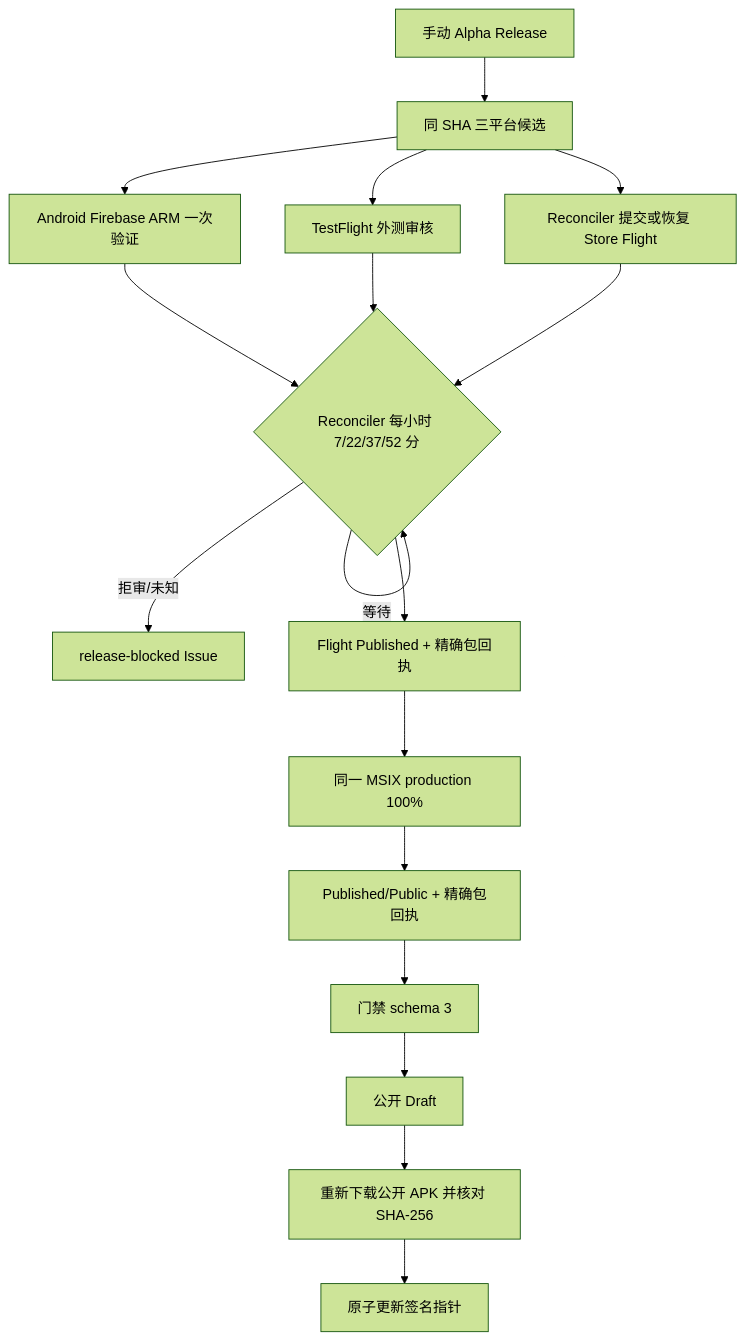
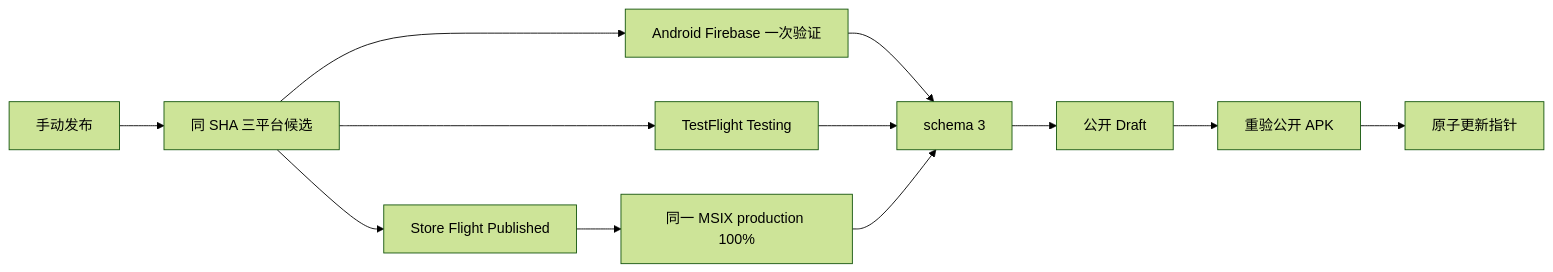
The diagram in spec/spec-process-cicd-alpha-release.md (zhangheng2022/meet_trace), drawn with Mermaid (forest theme) before and after one commit. The commit also changed other lines of this file and 16 other files, not shown here.

````diff
--- a/spec/spec-process-cicd-alpha-release.md
+++ b/spec/spec-process-cicd-alpha-release.md
@@ -28,19 +22,14 @@
 ```mermaid
-flowchart TD
-  A[手动 Alpha Release] --> B[同 SHA 三平台候选]
-  B --> C[Android Firebase ARM 一次验证]
-  B --> D[TestFlight 外测审核]
-  B --> E[Reconciler 提交或恢复 Store Flight]
-  C --> F{Reconciler 每小时 7/22/37/52 分}
-  D --> F
-  E --> F
-  F -->|等待| F
-  F -->|拒审/未知| X[release-blocked Issue]
-  F --> G[Flight Published + 精确包回执]
-  G --> H[同一 MSIX production 100%]
-  H --> I[Published/Public + 精确包回执]
-  I --> J[门禁 schema 3]
-  J --> K[公开 Draft]
-  K --> L[重新下载公开 APK 并核对 SHA-256]
-  L --> M[原子更新签名指针]
+flowchart LR
+  A[手动发布] --> B[同 SHA 三平台候选]
+  B --> C[Android Firebase 一次验证]
+  B --> D[TestFlight Testing]
+  B --> E[Store Flight Published]
+  E --> F[同一 MSIX production 100%]
+  C --> G[schema 3]
+  D --> G
+  F --> G
+  G --> H[公开 Draft]
+  H --> I[重验公开 APK]
+  I --> J[原子更新指针]
 ```
````
